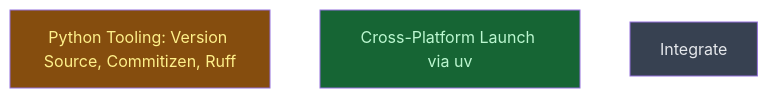
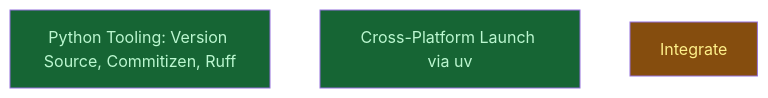
Before and after one commit to CrackingShells/colgrep-mcp: the diagram in __roadmap__/repo_health/README.md, drawn with Mermaid. The commit also changed other lines of this file and 1 other file, not shown here.

Commit message:
docs(roadmap): mark depth-0 leaves done, start integrate level

````diff
--- a/__roadmap__/repo_health/README.md
+++ b/__roadmap__/repo_health/README.md
@@ -29,11 +29,11 @@
 ```mermaid
 graph TD
-    python_tooling[Python Tooling: Version Source, Commitizen, Ruff]:::inprogress
+    python_tooling[Python Tooling: Version Source, Commitizen, Ruff]:::done
     launcher[Cross-Platform Launch via uv]:::done
-    integrate[Integrate]:::planned
+    integrate[Integrate]:::inprogress
     classDef done       fill:#166534,color:#bbf7d0
     classDef inprogress fill:#854d0e,color:#fef08a
     classDef planned    fill:#374151,color:#e5e7eb
     classDef amendment  fill:#1e3a5f,color:#bfdbfe
     classDef blocked    fill:#7f1d1d,color:#fecaca
 ```
````
